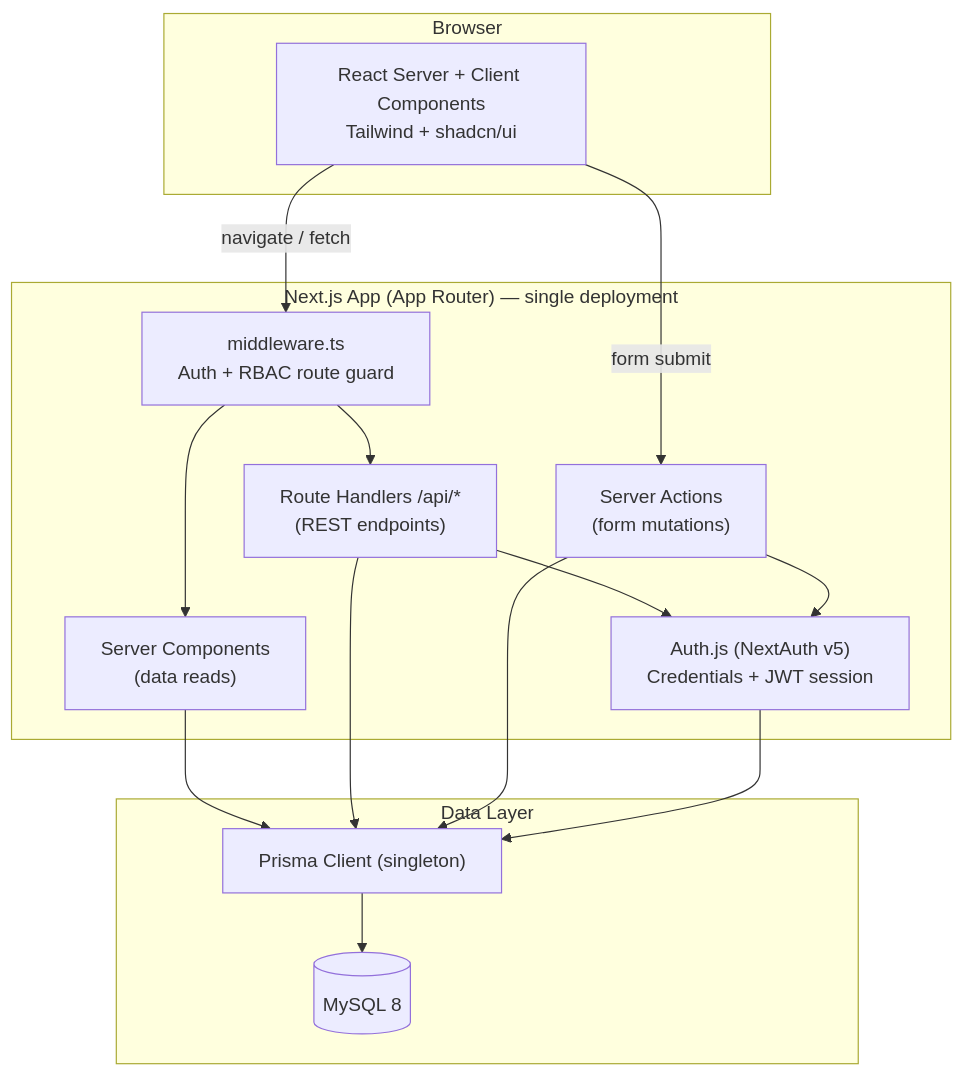
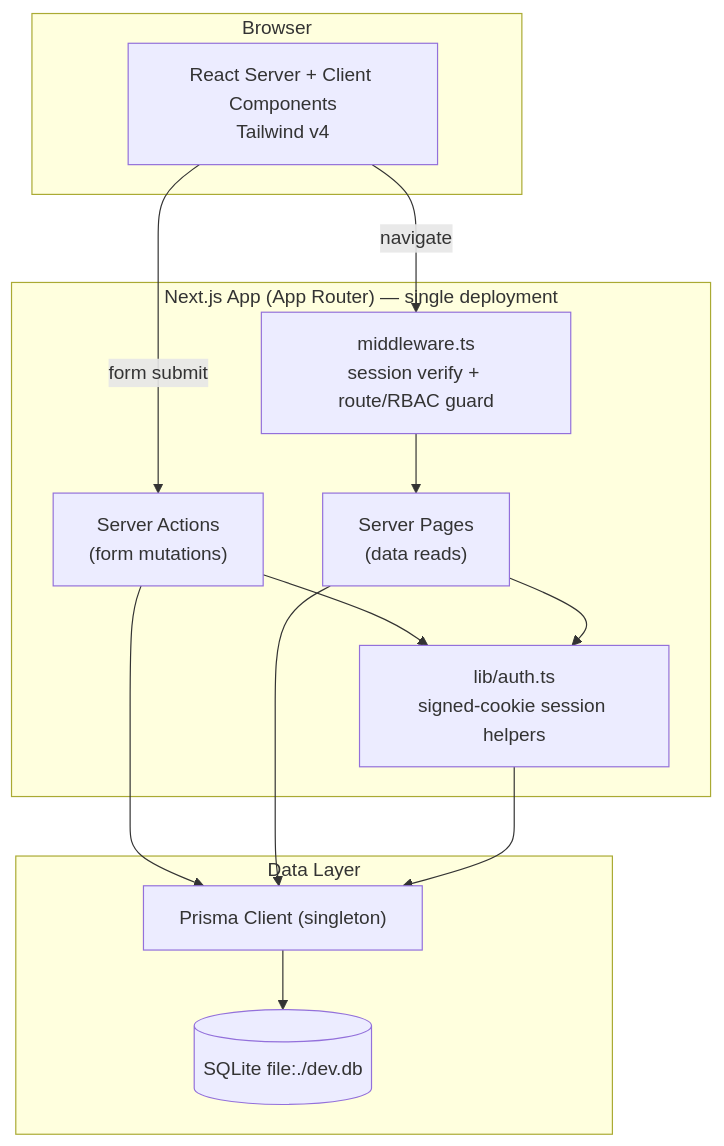
One commit to Hanzala044/odoo-hackathon- changed the first of 2 diagrams in plan.md. Above: the diagram before and after it, drawn with Mermaid. The commit also changed other lines of this file, not shown here.

````diff
--- a/plan.md
+++ b/plan.md
@@ -87,31 +95,28 @@
 ```mermaid
 flowchart TD
     subgraph Client["Browser"]
-        UI["React Server + Client Components<br/>Tailwind + shadcn/ui"]
+        UI["React Server + Client Components<br/>Tailwind v4"]
     end
 
     subgraph Next["Next.js App (App Router) — single deployment"]
-        MW["middleware.ts<br/>Auth + RBAC route guard"]
-        RSC["Server Components<br/>(data reads)"]
-        RH["Route Handlers /api/*<br/>(REST endpoints)"]
+        MW["middleware.ts<br/>session verify + route/RBAC guard"]
+        RSC["Server Pages<br/>(data reads)"]
         SA["Server Actions<br/>(form mutations)"]
-        AUTH["Auth.js (NextAuth v5)<br/>Credentials + JWT session"]
+        AUTH["lib/auth.ts<br/>signed-cookie session helpers"]
     end
 
     subgraph DataLayer["Data Layer"]
         PRISMA["Prisma Client (singleton)"]
-        DB[("MySQL 8")]
+        DB[("SQLite file:./dev.db")]
     end
 
-    UI -->|navigate / fetch| MW
-    UI -->|form submit| SA
+    UI -->|"navigate"| MW
+    UI -->|"form submit"| SA
     MW --> RSC
-    MW --> RH
-    RSC --> PRISMA
-    RH --> AUTH
-    RH --> PRISMA
     SA --> AUTH
     SA --> PRISMA
+    RSC --> AUTH
+    RSC --> PRISMA
     AUTH --> PRISMA
     PRISMA --> DB
 ```
````
